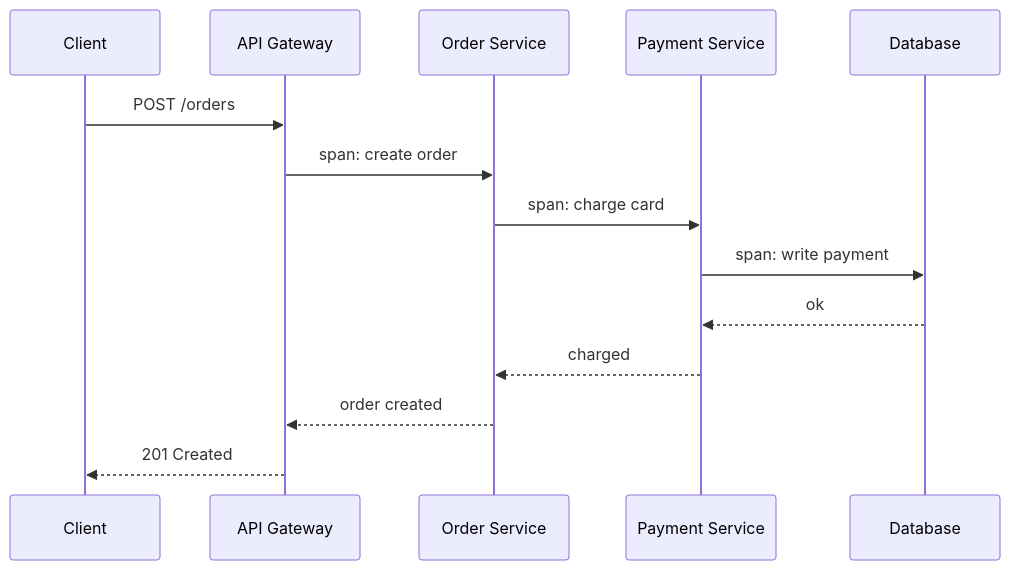
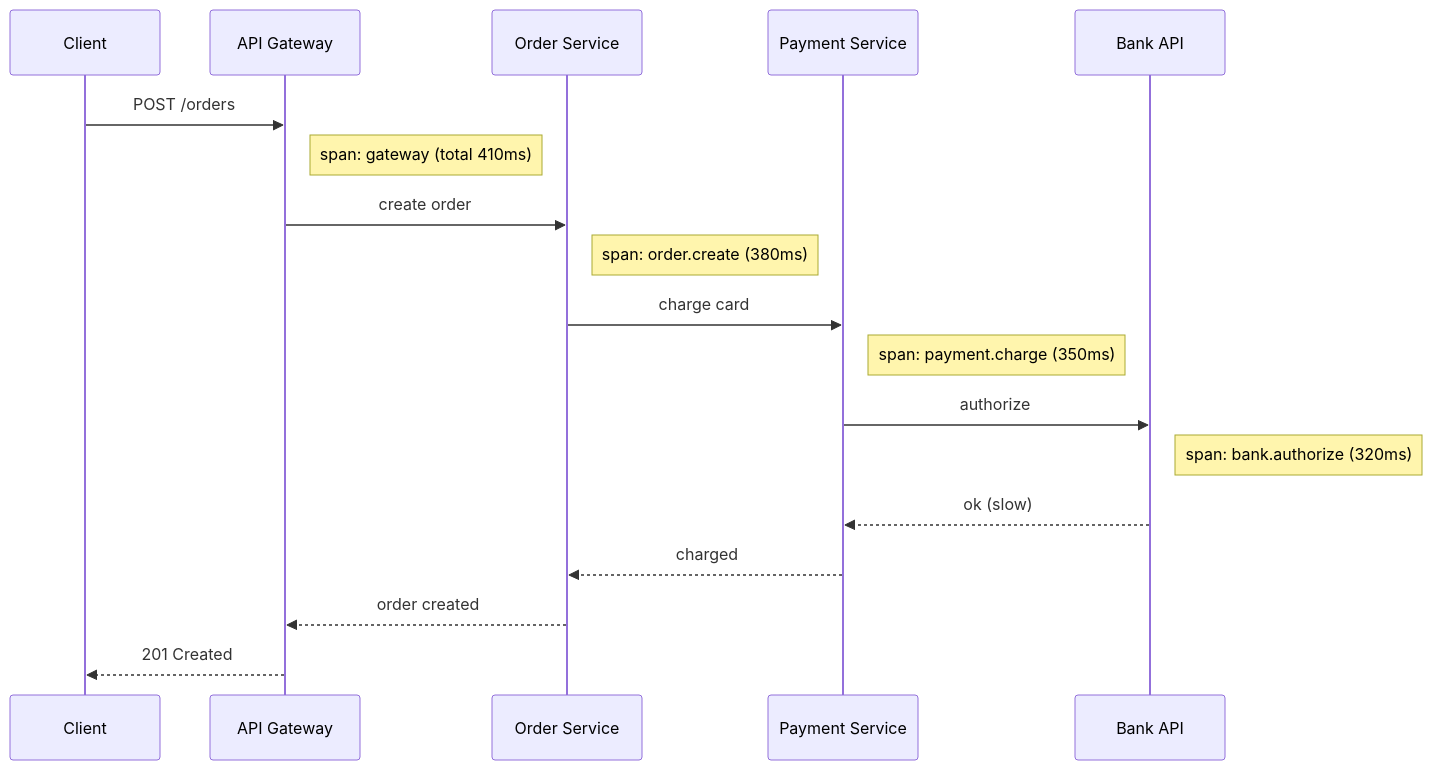
One commit to Kert0n/KPO changed the ninth of 13 diagrams in lectures/Lec14/vitepress.md. Above: the diagram before and after it, drawn with Mermaid. The commit also changed other lines of this file and 2 other files, not shown here.

````diff
--- a/lectures/Lec14/vitepress.md
+++ b/lectures/Lec14/vitepress.md
@@ -812,16 +853,21 @@
 ```mermaid
 sequenceDiagram
     participant Client
     participant Gateway as API Gateway
     participant Order as Order Service
     participant Payment as Payment Service
-    participant DB as Database
+    participant Bank as Bank API
+
     Client->>Gateway: POST /orders
-    Gateway->>Order: span: create order
-    Order->>Payment: span: charge card
-    Payment->>DB: span: write payment
-    DB-->>Payment: ok
+    Note right of Gateway: span: gateway (total 410ms)
+    Gateway->>Order: create order
+    Note right of Order: span: order.create (380ms)
+    Order->>Payment: charge card
+    Note right of Payment: span: payment.charge (350ms)
+    Payment->>Bank: authorize
+    Note right of Bank: span: bank.authorize (320ms)
+    Bank-->>Payment: ok (slow)
     Payment-->>Order: charged
     Order-->>Gateway: order created
     Gateway-->>Client: 201 Created
 ```
````
